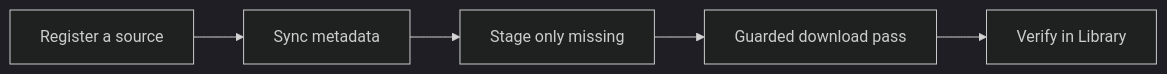
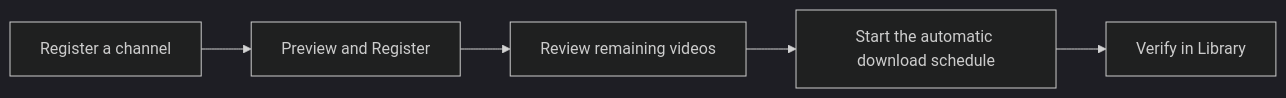
Before and after one commit to hyeonsangjeon/channel-vault-nas: the diagram in docs/usage/index.md, drawn with Mermaid (dark theme). The commit also changed other lines of this file and 28 other files, not shown here.

````diff
--- a/docs/usage/index.md
+++ b/docs/usage/index.md
@@ -5,7 +5,7 @@
 ```mermaid
 flowchart LR
-  A[Register a source] --> B[Sync metadata]
-  B --> C[Stage only missing]
-  C --> D[Guarded download pass]
+  A[Register a channel] --> B[Preview and Register]
+  B --> C[Review remaining videos]
+  C --> D[Start the automatic download schedule]
   D --> E[Verify in Library]
 ```
````
